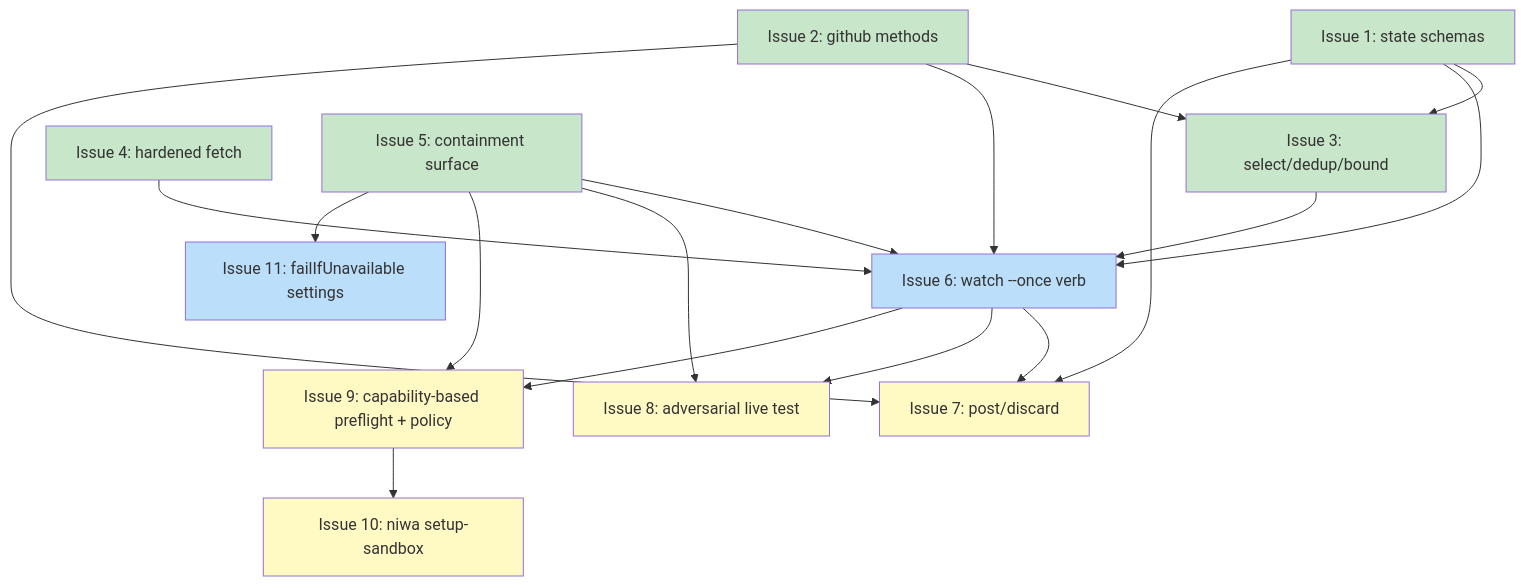
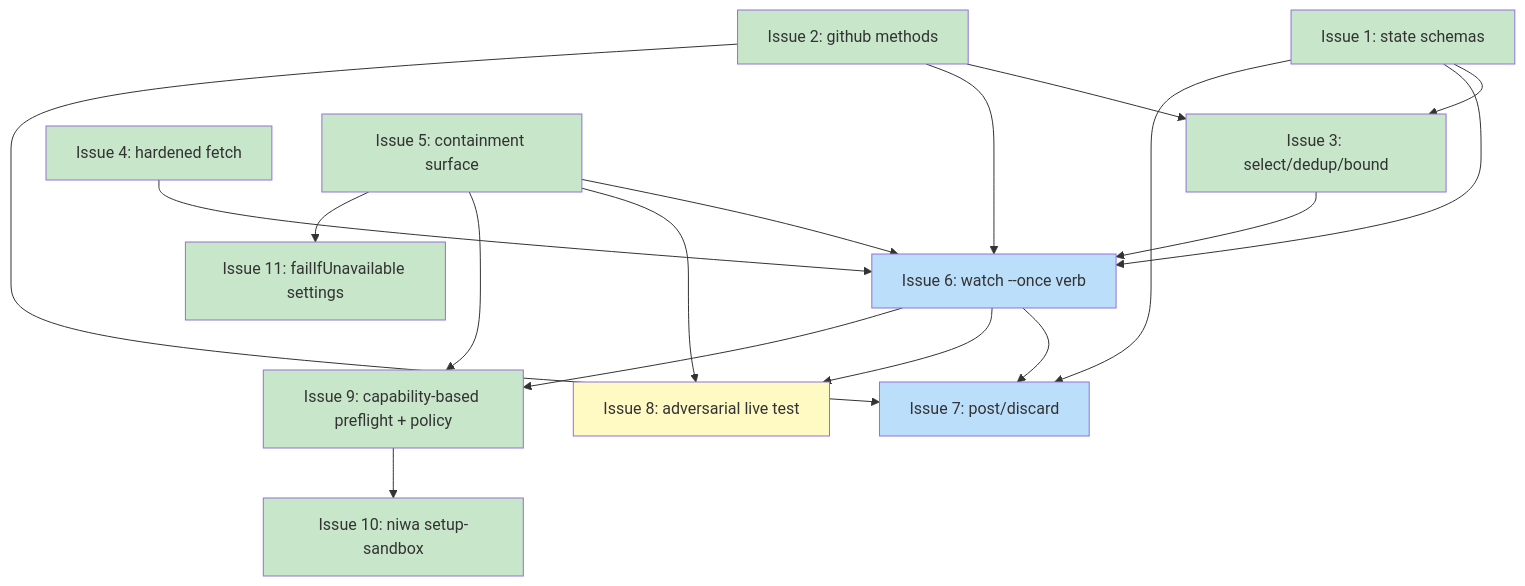
The diagram in docs/plans/PLAN-niwa-watch-once-pr-review.md (tsukumogami/niwa), drawn with Mermaid before and after one commit. The commit also changed other lines of this file and 1 other file, not shown here.

First line of the commit message:
docs(plan): mark Decision-8 amendment (issues 9-11) done

````diff
--- a/docs/plans/PLAN-niwa-watch-once-pr-review.md
+++ b/docs/plans/PLAN-niwa-watch-once-pr-review.md
@@ -212,39 +212,39 @@
 ```mermaid
 graph TD
     I1["Issue 1: state schemas"]
     I2["Issue 2: github methods"]
     I3["Issue 3: select/dedup/bound"]
     I4["Issue 4: hardened fetch"]
     I5["Issue 5: containment surface"]
     I6["Issue 6: watch --once verb"]
     I7["Issue 7: post/discard"]
     I8["Issue 8: adversarial live test"]
     I9["Issue 9: capability-based preflight + policy"]
     I10["Issue 10: niwa setup-sandbox"]
     I11["Issue 11: failIfUnavailable settings"]
 
     I1 --> I3
     I2 --> I3
     I1 --> I6
     I2 --> I6
     I3 --> I6
     I4 --> I6
     I5 --> I6
     I1 --> I7
     I2 --> I7
     I6 --> I7
     I5 --> I8
     I6 --> I8
     I5 --> I9
     I6 --> I9
     I9 --> I10
     I5 --> I11
 
     classDef done fill:#c8e6c9
     classDef ready fill:#bbdefb
     classDef blocked fill:#fff9c4
 
-    class I1,I2,I3,I4,I5 done
-    class I6,I11 ready
-    class I7,I8,I9,I10 blocked
+    class I1,I2,I3,I4,I5,I9,I10,I11 done
+    class I6,I7 ready
+    class I8 blocked
 ```
````
